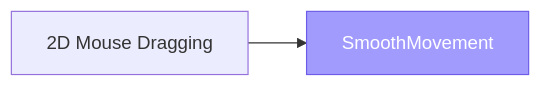
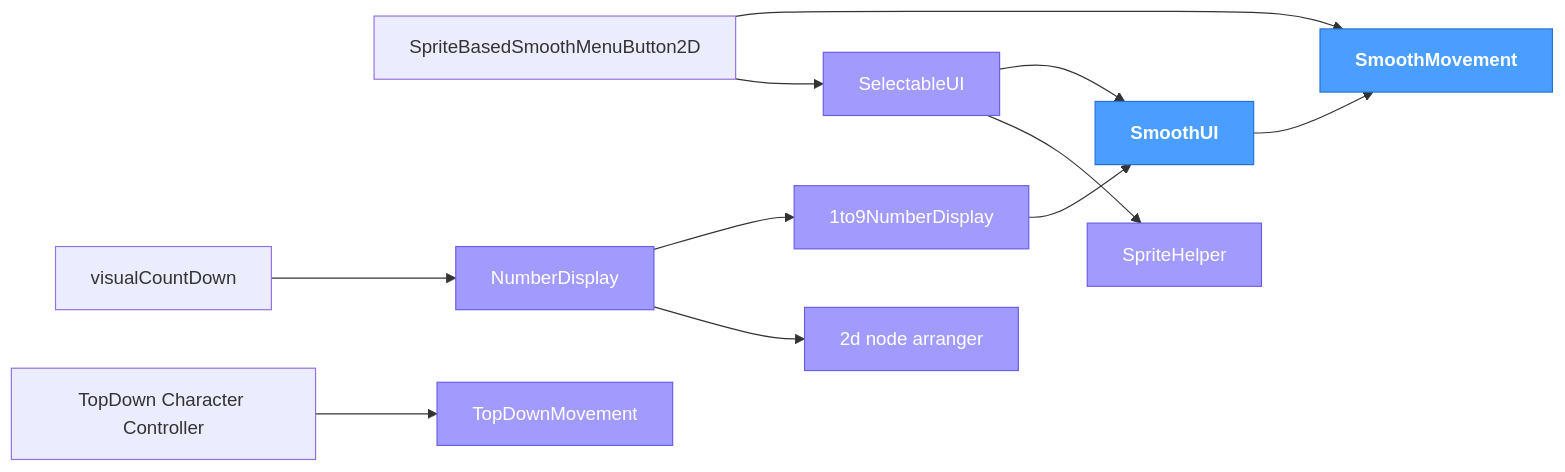
Before and after one commit to ChillCube/.github: the diagram in ADDONS.md, drawn with Mermaid. The commit also changed other lines of this file, not shown here.

Commit message:
registry: update dependency tree

````diff
--- a/ADDONS.md
+++ b/ADDONS.md
@@ -193,15 +194,49 @@
 ```mermaid
 flowchart LR
     classDef core  fill:#4a9eff,stroke:#2471d4,color:#fff,font-weight:bold
     classDef shared fill:#a29bfe,stroke:#6c5ce7,color:#fff
 
-    Godot_2D_Mouse_Dragging["2D Mouse Dragging"]
     Godot_SmoothMovement["SmoothMovement"]
+    Godot_SpriteBasedSmoothMenuButton2D["SpriteBasedSmoothMenuButton2D"]
+    Godot_TopDown_Character_Controller["TopDown Character Controller"]
+    n_1to9NumberDisplay["1to9NumberDisplay"]
+    n_2d_node_arranger["2d node arranger"]
+    NumberDisplay["NumberDisplay"]
+    SelectableUI["SelectableUI"]
+    SmoothUI["SmoothUI"]
+    SpriteHelper["SpriteHelper"]
+    TopDownMovement["TopDownMovement"]
+    visualCountDown["visualCountDown"]
 
-    Godot_2D_Mouse_Dragging --> Godot_SmoothMovement
+    Godot_SpriteBasedSmoothMenuButton2D --> Godot_SmoothMovement
+    Godot_SpriteBasedSmoothMenuButton2D --> SelectableUI
+    Godot_TopDown_Character_Controller --> TopDownMovement
+    n_1to9NumberDisplay --> SmoothUI
+    NumberDisplay --> n_1to9NumberDisplay
+    NumberDisplay --> n_2d_node_arranger
+    SelectableUI --> SmoothUI
+    SelectableUI --> SpriteHelper
+    SmoothUI --> Godot_SmoothMovement
+    visualCountDown --> NumberDisplay
 
-    class Godot_SmoothMovement shared
+    class Godot_SmoothMovement core
+    class n_1to9NumberDisplay shared
+    class n_2d_node_arranger shared
+    class NumberDisplay shared
+    class SelectableUI shared
+    class SmoothUI core
+    class SpriteHelper shared
+    class TopDownMovement shared
 
-    click Godot_2D_Mouse_Dragging href "https://github.com/ChillCube/Godot_2D_Mouse_Dragging" _blank
     click Godot_SmoothMovement href "https://github.com/ChillCube/Godot_SmoothMovement" _blank
+    click Godot_SpriteBasedSmoothMenuButton2D href "https://github.com/ChillCube/Godot_SpriteBasedSmoothMenuButton2D" _blank
+    click Godot_TopDown_Character_Controller href "https://github.com/ChillCube/Godot_TopDown_Character_Controller" _blank
+    click n_1to9NumberDisplay href "https://github.com/ChillCube/1to9NumberDisplay" _blank
+    click n_2d_node_arranger href "https://github.com/ChillCube/2d_node_arranger" _blank
+    click NumberDisplay href "https://github.com/ChillCube/NumberDisplay" _blank
+    click SelectableUI href "https://github.com/ChillCube/SelectableUI" _blank
+    click SmoothUI href "https://github.com/ChillCube/SmoothUI" _blank
+    click SpriteHelper href "https://github.com/ChillCube/SpriteHelper" _blank
+    click TopDownMovement href "https://github.com/ChillCube/TopDownMovement" _blank
+    click visualCountDown href "https://github.com/ChillCube/visualCountDown" _blank
 ```
````
